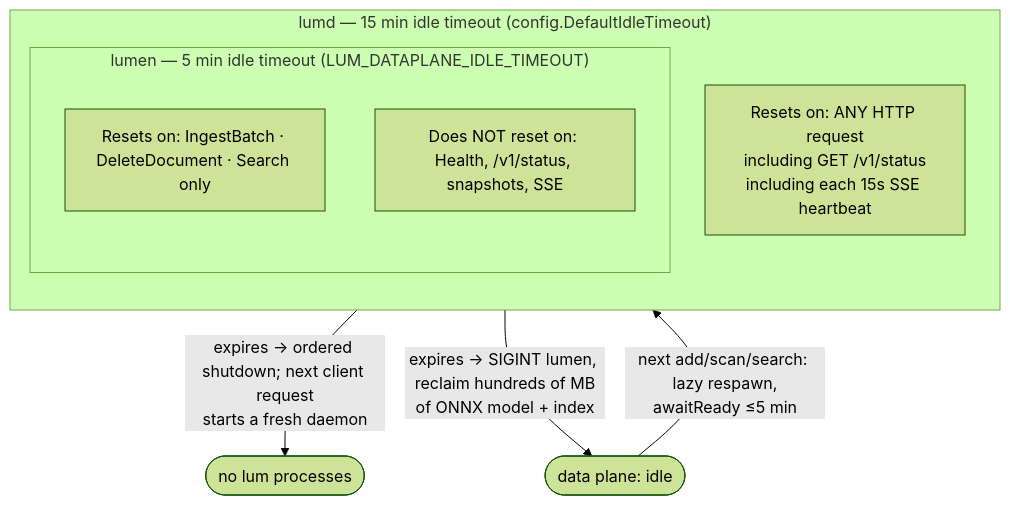
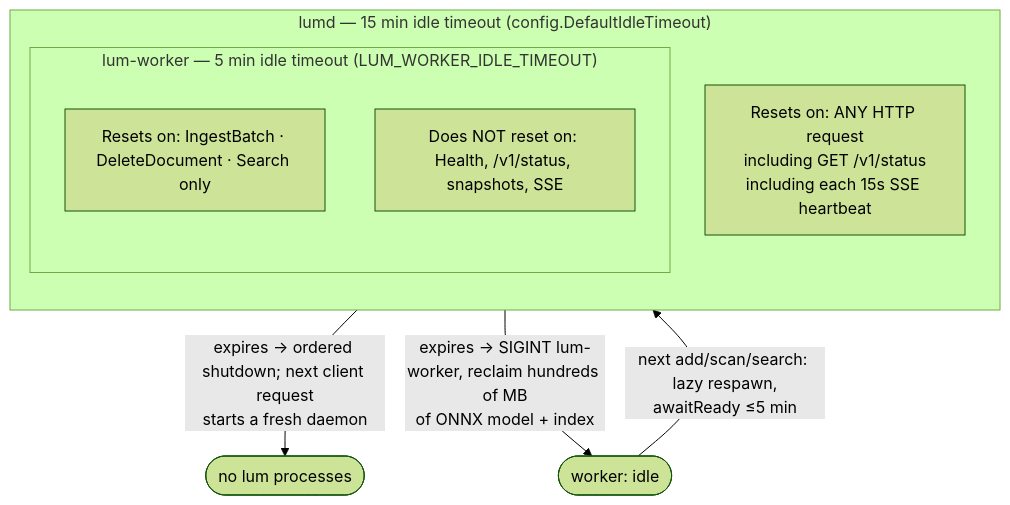
One commit to alDuncanson/lum changed diagram 15 of 17 in docs/diagrams.md. Above: the diagram before and after it, drawn with Mermaid (forest theme). The commit also changed other lines of this file and 107 other files, not shown here.

````diff
--- a/docs/diagrams.md
+++ b/docs/diagrams.md
@@ -661,15 +662,15 @@
 ```mermaid
 flowchart TB
     subgraph outer["lumd — 15 min idle timeout (config.DefaultIdleTimeout)"]
         direction TB
         OA["Resets on: ANY HTTP request<br/>including GET /v1/status<br/>including each 15s SSE heartbeat"]
-        subgraph inner["lumen — 5 min idle timeout (LUM_DATAPLANE_IDLE_TIMEOUT)"]
+        subgraph inner["lum-worker — 5 min idle timeout (LUM_WORKER_IDLE_TIMEOUT)"]
             IA["Resets on: IngestBatch · DeleteDocument · Search only"]
             IB["Does NOT reset on: Health, /v1/status, snapshots, SSE"]
         end
     end
 
     OA -->|"expires → ordered shutdown; next client request<br/>starts a fresh daemon"| OFF(["no lum processes"])
-    IA -->|"expires → SIGINT lumen, reclaim hundreds of MB<br/>of ONNX model + index"| SHED(["data plane: idle"])
+    IA -->|"expires → SIGINT lum-worker, reclaim hundreds of MB<br/>of ONNX model + index"| SHED(["worker: idle"])
     SHED -->|"next add/scan/search: lazy respawn,<br/>awaitReady ≤5 min"| IA
 ```
````
